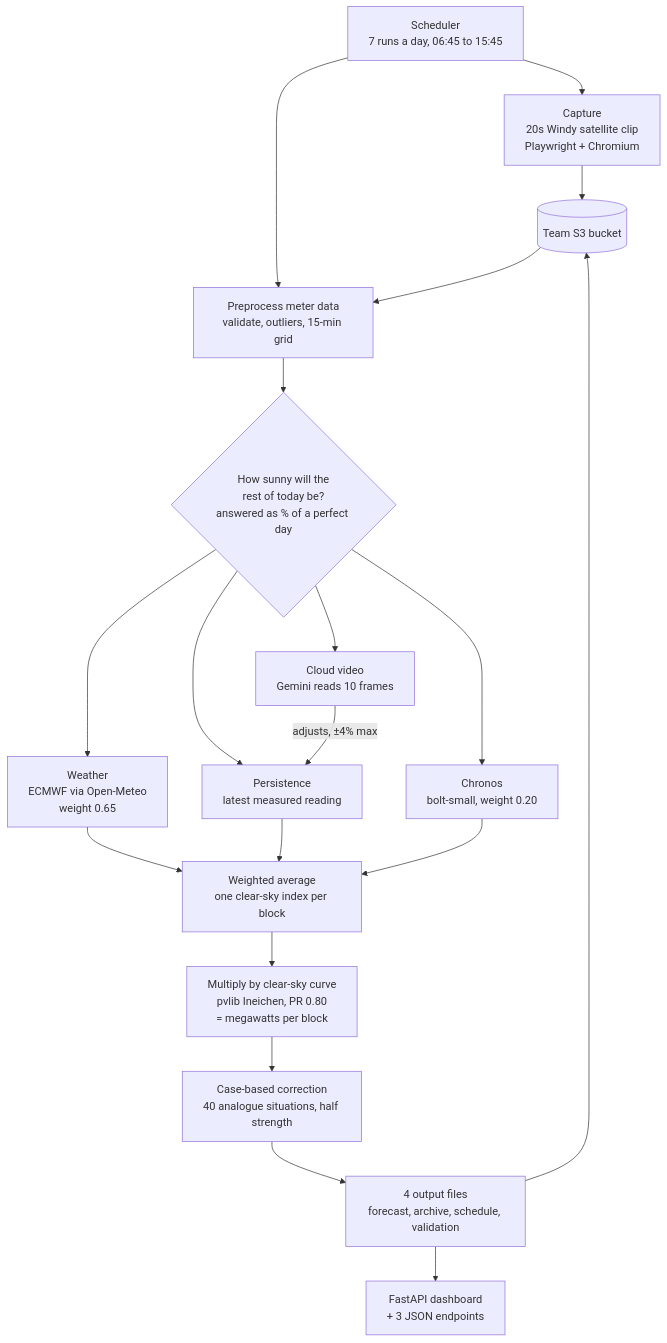
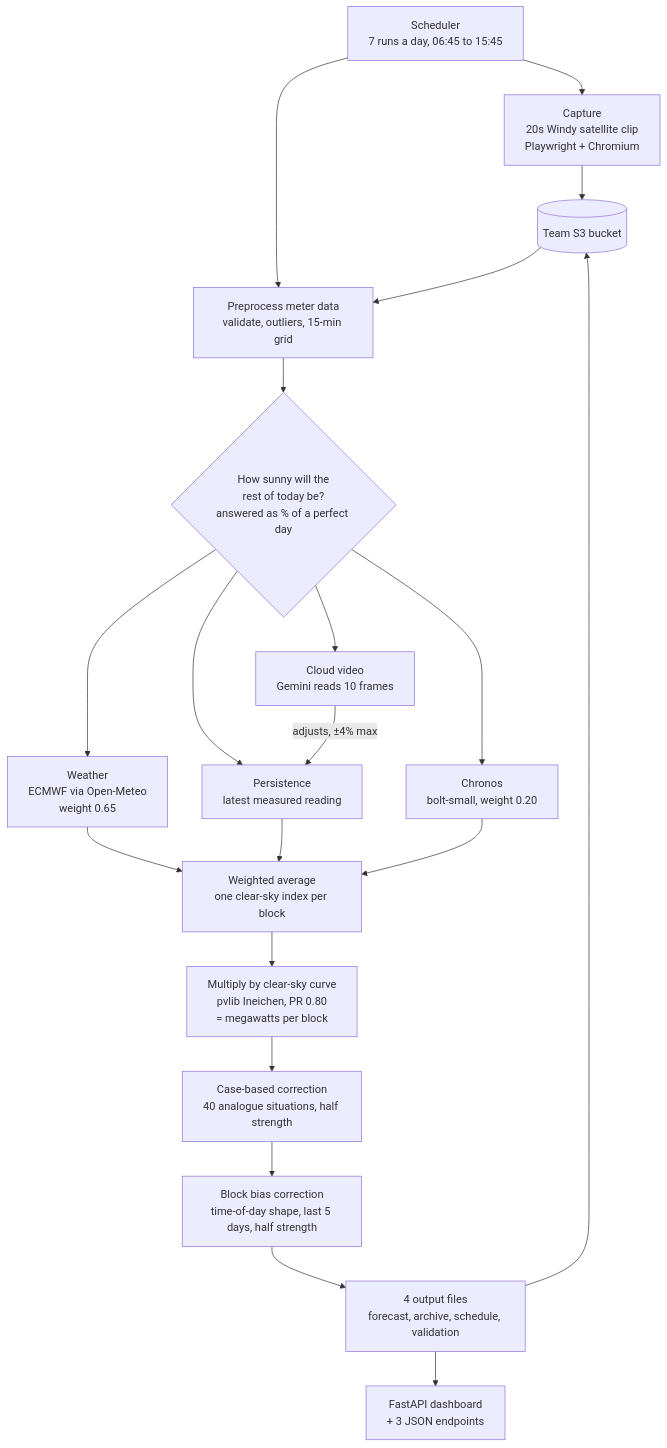
One commit to vicky3741/solar_forecasting_project changed the diagram in ARCHITECTURE.md. Above: the diagram before and after it, drawn with Mermaid. The commit also changed other lines of this file and 8 other files, not shown here.

````diff
--- a/ARCHITECTURE.md
+++ b/ARCHITECTURE.md
@@ -11,30 +11,31 @@
 ```mermaid
 flowchart TD
     S["Scheduler<br/>7 runs a day, 06:45 to 15:45"]
 
     S --> CAP["Capture<br/>20s Windy satellite clip<br/>Playwright + Chromium"]
     CAP --> S3[("Team S3 bucket")]
 
     S --> PRE["Preprocess meter data<br/>validate, outliers, 15-min grid"]
     S3 --> PRE
 
     PRE --> Q{"How sunny will the<br/>rest of today be?<br/>answered as % of a perfect day"}
 
     Q --> W["Weather<br/>ECMWF via Open-Meteo<br/>weight 0.65"]
     Q --> P["Persistence<br/>latest measured reading"]
     Q --> CH["Chronos<br/>bolt-small, weight 0.20"]
     Q --> V["Cloud video<br/>Gemini reads 10 frames"]
 
     V -->|"adjusts, ±4% max"| P
 
     W --> BL["Weighted average<br/>one clear-sky index per block"]
     P --> BL
     CH --> BL
 
     BL --> CS["Multiply by clear-sky curve<br/>pvlib Ineichen, PR 0.80<br/>= megawatts per block"]
     CS --> CB["Case-based correction<br/>40 analogue situations, half strength"]
+    CB --> BB["Block bias correction<br/>time-of-day shape, last 5 days, half strength"]
 
-    CB --> OUT["4 output files<br/>forecast, archive, schedule, validation"]
+    BB --> OUT["4 output files<br/>forecast, archive, schedule, validation"]
     OUT --> S3
     OUT --> APP["FastAPI dashboard<br/>+ 3 JSON endpoints"]
 ```
````
